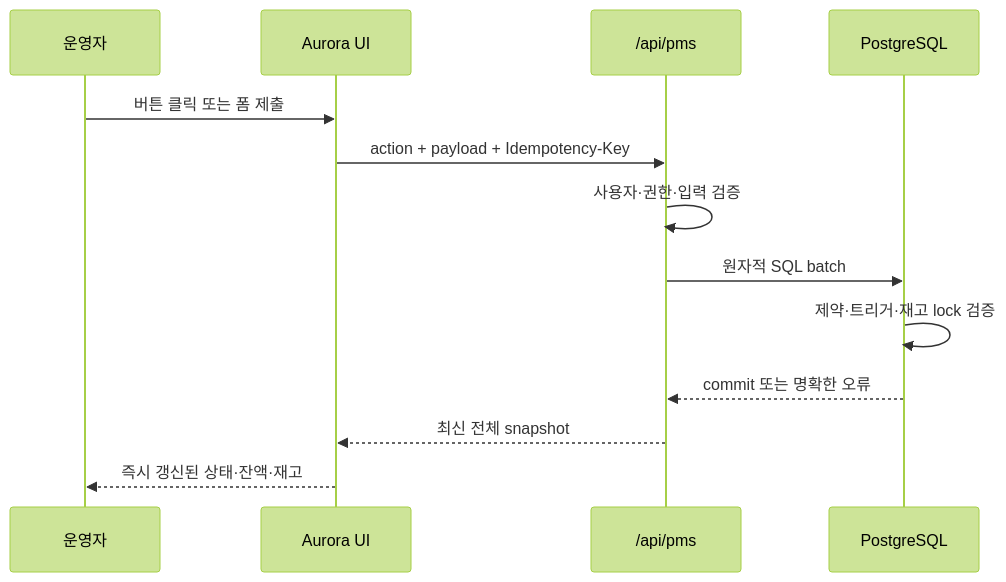
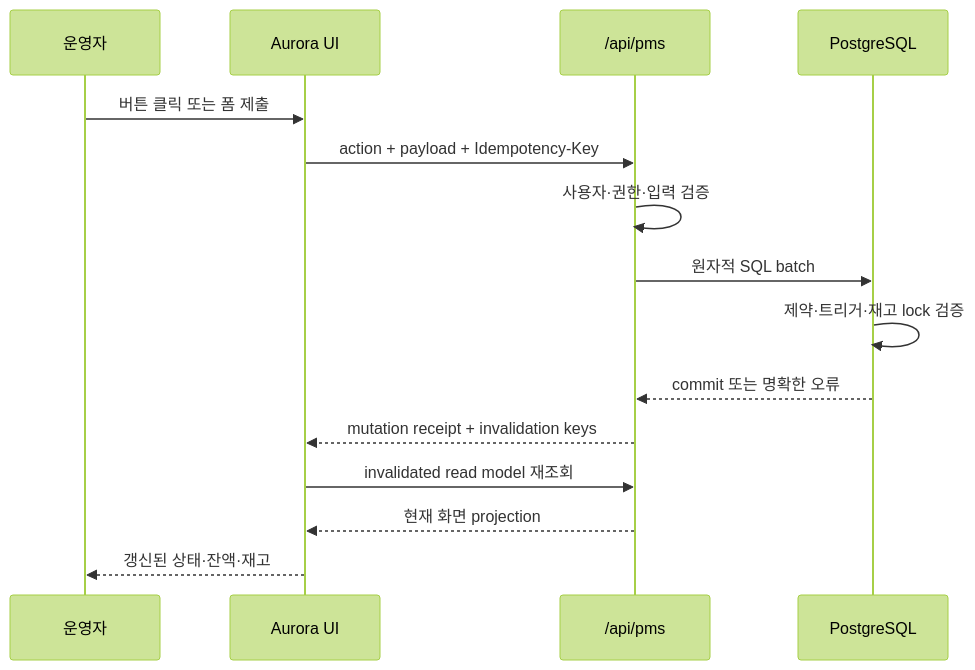
Before and after one commit to sksmsrkk-glitch/Aurora_PMS: the second of 6 diagrams in README.md, drawn with Mermaid (forest theme). The commit also changed other lines of this file and 104 other files, not shown here.

````diff
--- a/README.md
+++ b/README.md
@@ -134,15 +134,17 @@
 ```mermaid
 sequenceDiagram
   participant User as 운영자
   participant UI as Aurora UI
   participant API as /api/pms
   participant DB as PostgreSQL
   User->>UI: 버튼 클릭 또는 폼 제출
   UI->>API: action + payload + Idempotency-Key
   API->>API: 사용자·권한·입력 검증
   API->>DB: 원자적 SQL batch
   DB->>DB: 제약·트리거·재고 lock 검증
   DB-->>API: commit 또는 명확한 오류
-  API-->>UI: 최신 전체 snapshot
-  UI-->>User: 즉시 갱신된 상태·잔액·재고
+  API-->>UI: mutation receipt + invalidation keys
+  UI->>API: invalidated read model 재조회
+  API-->>UI: 현재 화면 projection
+  UI-->>User: 갱신된 상태·잔액·재고
 ```
````
